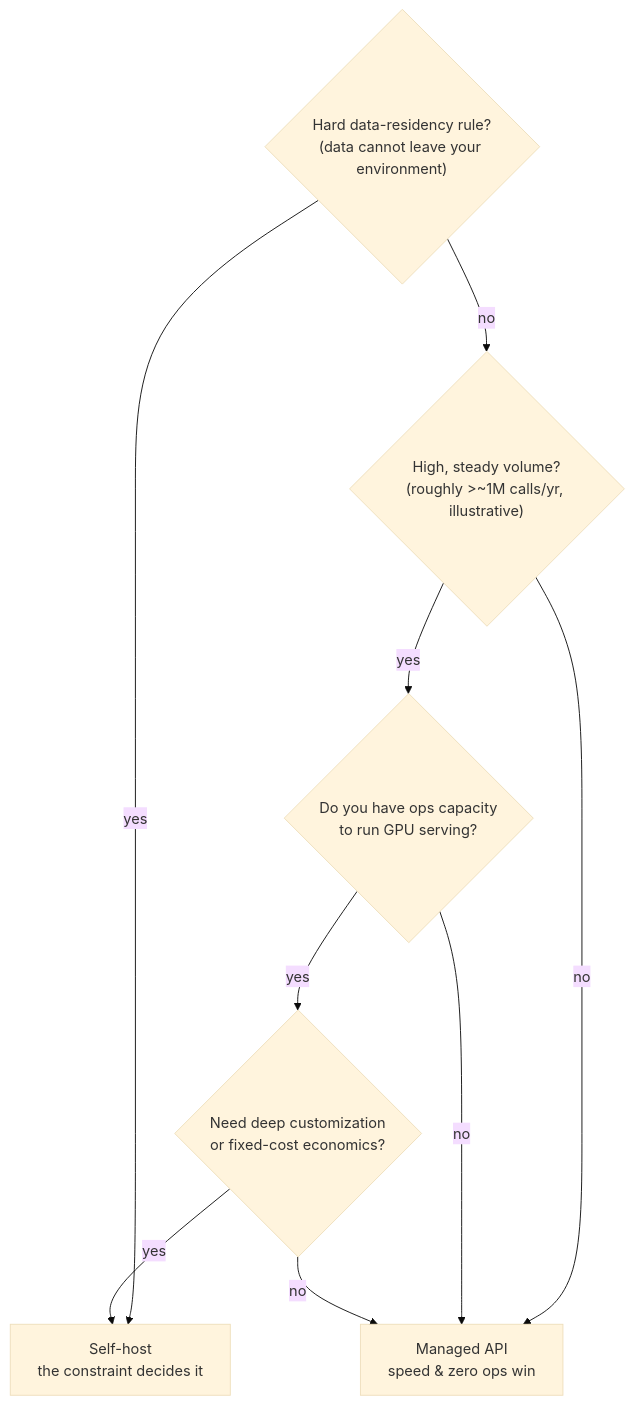
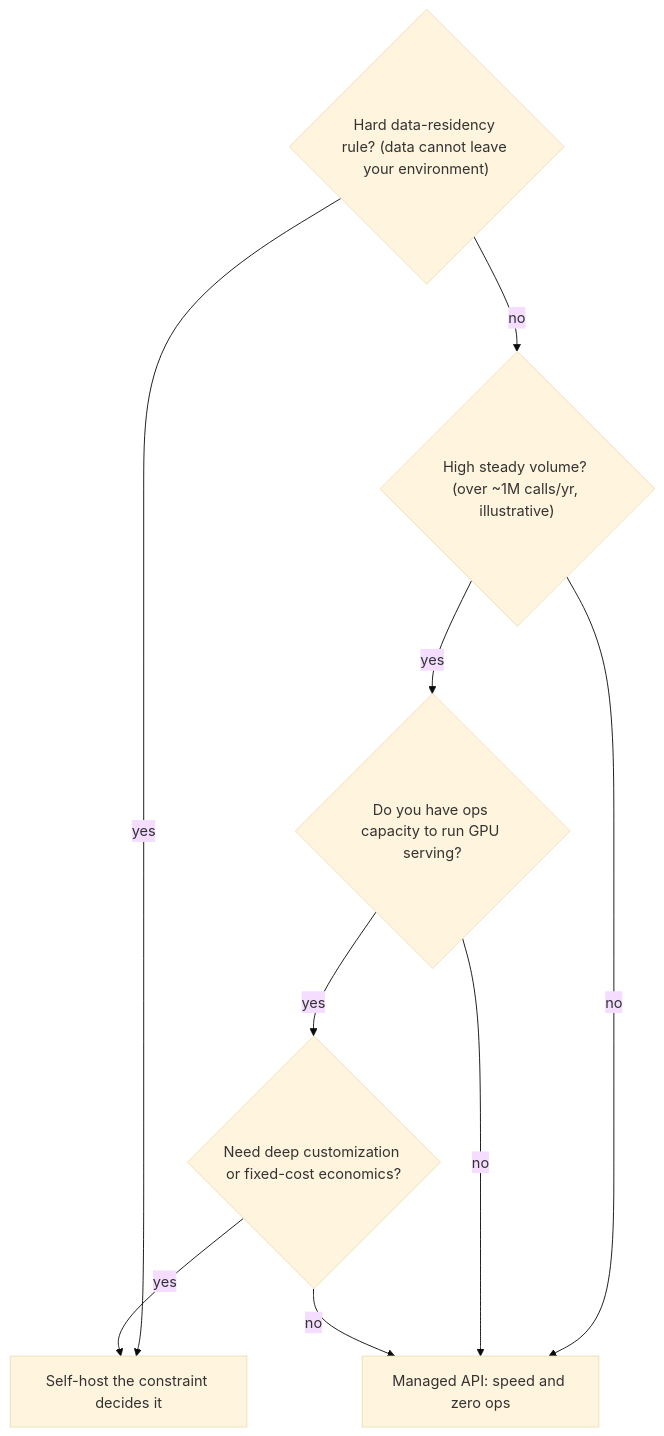
Before and after one commit to WBHankins93/ai-engineering-studio: the diagram in decision-frames/managed-vs-self-host.md, drawn with Mermaid (base theme). The commit also changed 6 other files, not shown here.

Commit message:
Simplify mermaid labels to strict-mode-safe single lines

````diff
--- a/decision-frames/managed-vs-self-host.md
+++ b/decision-frames/managed-vs-self-host.md
@@ -28,12 +28,12 @@
 ```mermaid
 flowchart TD
-  Q1{"Hard data-residency rule?<br/>(data cannot leave your environment)"}
-  Q1 -->|yes| SH["Self-host<br/>the constraint decides it"]
-  Q1 -->|no| Q2{"High, steady volume?<br/>(roughly &gt;~1M calls/yr, illustrative)"}
-  Q2 -->|no| API["Managed API<br/>speed &amp; zero ops win"]
-  Q2 -->|yes| Q3{"Do you have ops capacity<br/>to run GPU serving?"}
+  Q1{"Hard data-residency rule? (data cannot leave your environment)"}
+  Q1 -->|yes| SH["Self-host the constraint decides it"]
+  Q1 -->|no| Q2{"High steady volume? (over ~1M calls/yr, illustrative)"}
+  Q2 -->|no| API["Managed API: speed and zero ops"]
+  Q2 -->|yes| Q3{"Do you have ops capacity to run GPU serving?"}
   Q3 -->|no| API
-  Q3 -->|yes| Q4{"Need deep customization<br/>or fixed-cost economics?"}
+  Q3 -->|yes| Q4{"Need deep customization or fixed-cost economics?"}
   Q4 -->|yes| SH
   Q4 -->|no| API
 ```
````
